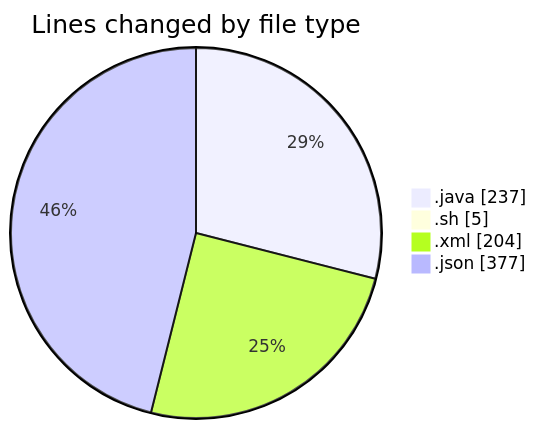
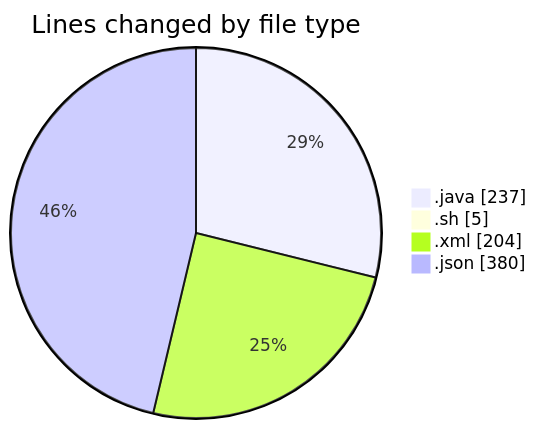
One commit to charlie-sans/code-tracking changed the first of 2 diagrams in 2025-02-19/micros/README.md. Above: the diagram before and after it, drawn with Mermaid. The commit also changed other lines of this file and 1 other file, not shown here.

````diff
--- a/2025-02-19/micros/README.md
+++ b/2025-02-19/micros/README.md
@@ -25,8 +26,8 @@
 ```mermaid
 pie showData
 title Lines changed by file type
 ".java" : 237
 ".sh" : 5
 ".xml" : 204
-".json" : 377
+".json" : 380
 ```
````
